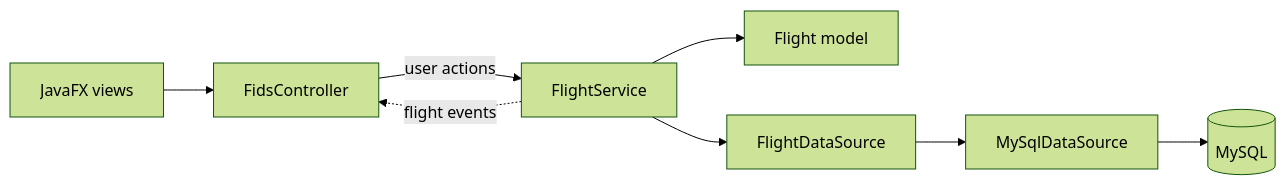
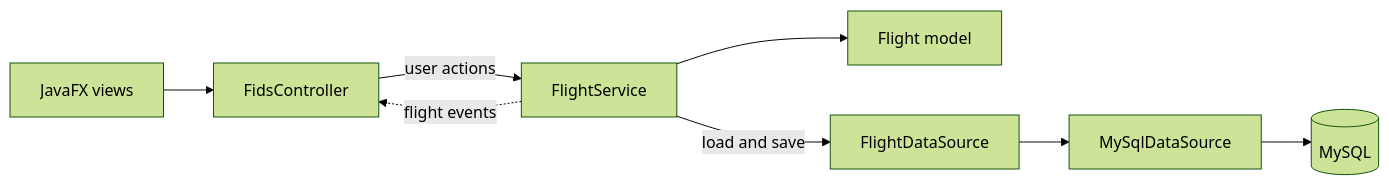
One commit to xtensionlabs/skyscope changed the diagram in docs/architecture.md. Above: the diagram before and after it, drawn with Mermaid (forest theme). The commit also changed other lines of this file and 1 other file, not shown here.

````diff
--- a/docs/architecture.md
+++ b/docs/architecture.md
@@ -7,10 +7,10 @@
 ```mermaid
 flowchart LR
     Views["JavaFX views"] --> Controller["FidsController"]
     Controller -->|user actions| Service["FlightService"]
     Service --> Model["Flight model"]
-    Service --> Source["FlightDataSource"]
+    Service -->|load and save| Source["FlightDataSource"]
     Source --> Adapter["MySqlDataSource"]
     Adapter --> DB[("MySQL")]
     Service -. flight events .-> Controller
 ```
````
